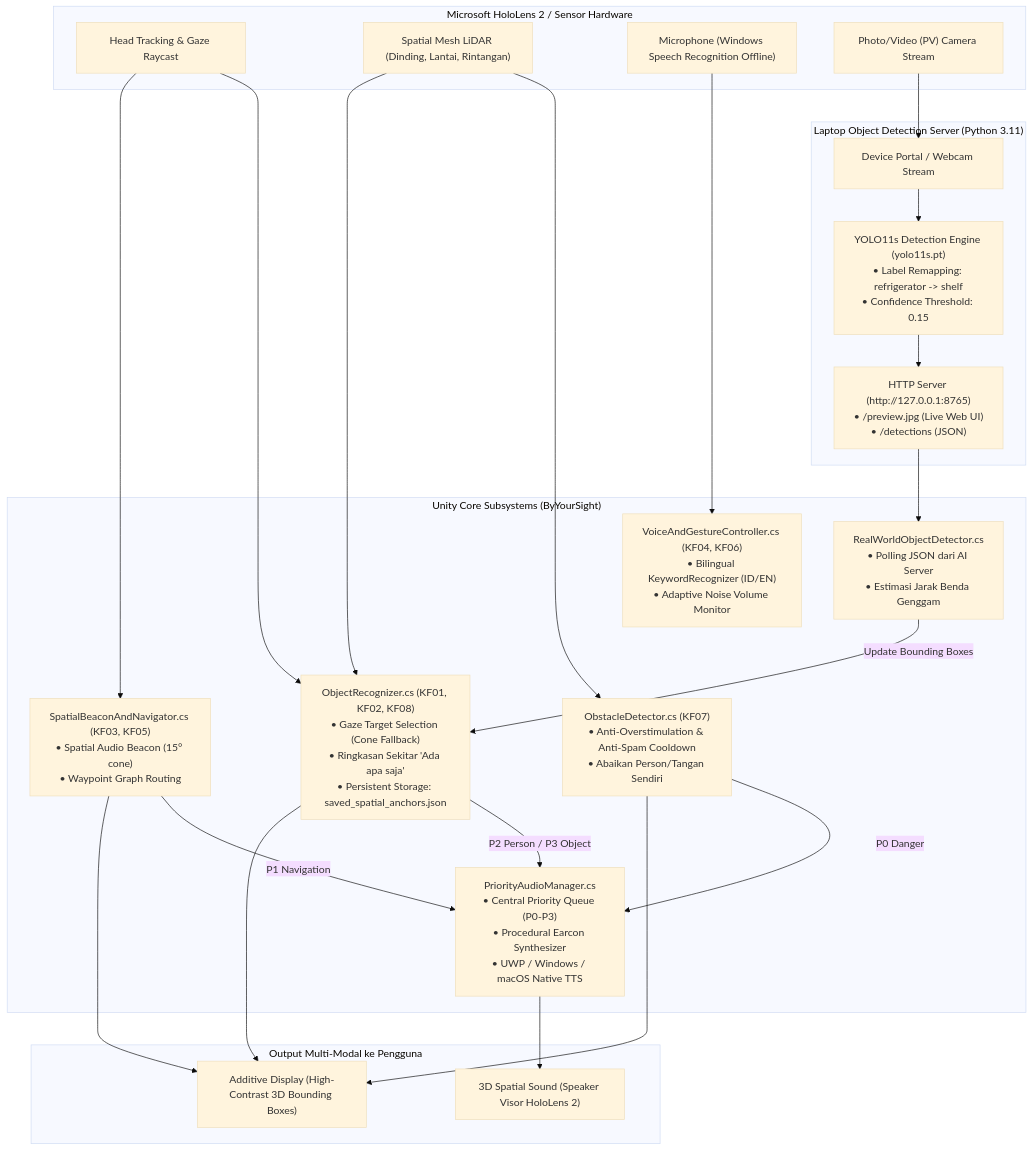
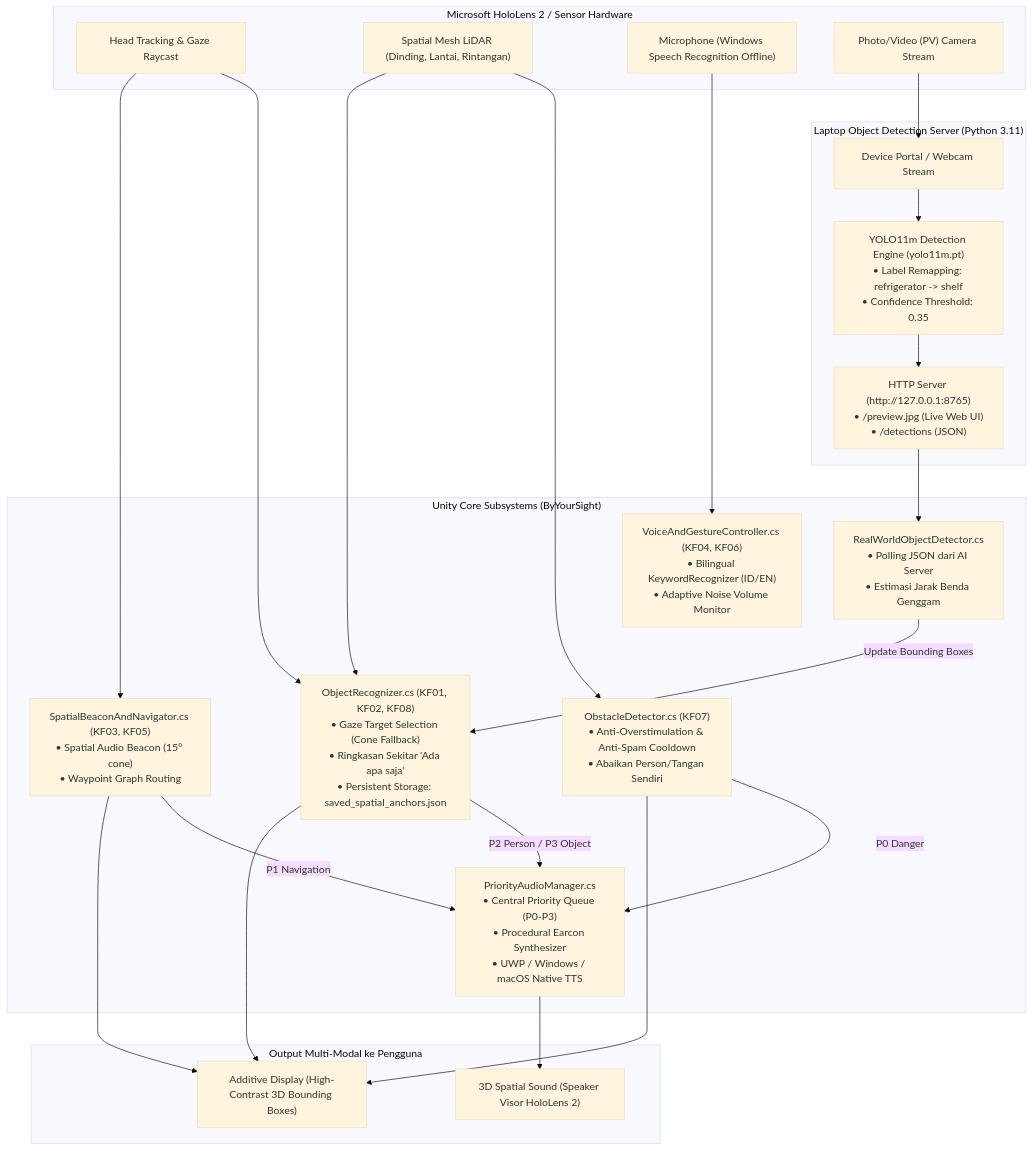
The diagram in README.md (sammmine/ByYourSight), drawn with Mermaid (base theme) before and after one commit. The commit also changed other lines of this file and 2 other files, not shown here.

Commit message:
feat(perception): upgrade YOLO model to yolo11m and increase confidence threshold to 0.35

````diff
--- a/README.md
+++ b/README.md
@@ -51,42 +51,42 @@
 ```mermaid
 flowchart TD
     subgraph EdgeDevice["Microsoft HoloLens 2 / Sensor Hardware"]
         Head["Head Tracking & Gaze Raycast"]
         Mesh["Spatial Mesh LiDAR (Dinding, Lantai, Rintangan)"]
         Mic["Microphone (Windows Speech Recognition Offline)"]
         Cam["Photo/Video (PV) Camera Stream"]
     end
 
     subgraph AIServer["Laptop Object Detection Server (Python 3.11)"]
         PortalReader["Device Portal / Webcam Stream"]
-        YOLO["YOLO11s Detection Engine (yolo11s.pt)\n• Label Remapping: refrigerator -> shelf\n• Confidence Threshold: 0.15"]
+        YOLO["YOLO11m Detection Engine (yolo11m.pt)\n• Label Remapping: refrigerator -> shelf\n• Confidence Threshold: 0.35"]
         JSONEndpoint["HTTP Server (http://127.0.0.1:8765)\n• /preview.jpg (Live Web UI)\n• /detections (JSON)"]
     end
 
     subgraph UnityCore["Unity Core Subsystems (ByYourSight)"]
         OD["ObstacleDetector.cs (KF07)\n• Anti-Overstimulation & Anti-Spam Cooldown\n• Abaikan Person/Tangan Sendiri"]
         OR["ObjectRecognizer.cs (KF01, KF02, KF08)\n• Gaze Target Selection (Cone Fallback)\n• Ringkasan Sekitar 'Ada apa saja'\n• Persistent Storage: saved_spatial_anchors.json"]
         SBN["SpatialBeaconAndNavigator.cs (KF03, KF05)\n• Spatial Audio Beacon (15° cone)\n• Waypoint Graph Routing"]
         VGC["VoiceAndGestureController.cs (KF04, KF06)\n• Bilingual KeywordRecognizer (ID/EN)\n• Adaptive Noise Volume Monitor"]
         RWOD["RealWorldObjectDetector.cs\n• Polling JSON dari AI Server\n• Estimasi Jarak Benda Genggam"]
         PAM["PriorityAudioManager.cs\n• Central Priority Queue (P0-P3)\n• Procedural Earcon Synthesizer\n• UWP / Windows / macOS Native TTS"]
     end
 
     subgraph UserFeedback["Output Multi-Modal ke Pengguna"]
         Audio["3D Spatial Sound (Speaker Visor HoloLens 2)"]
         Visual["Additive Display (High-Contrast 3D Bounding Boxes)"]
     end
 
     Cam --> PortalReader --> YOLO --> JSONEndpoint --> RWOD
     Head --> OR & SBN
     Mesh --> OD & OR
     Mic --> VGC
 
     OD -->|P0 Danger| PAM
     SBN -->|P1 Navigation| PAM
     OR -->|P2 Person / P3 Object| PAM
     RWOD -->|Update Bounding Boxes| OR
 
     PAM --> Audio
     OR & OD & SBN --> Visual
 ```
````
